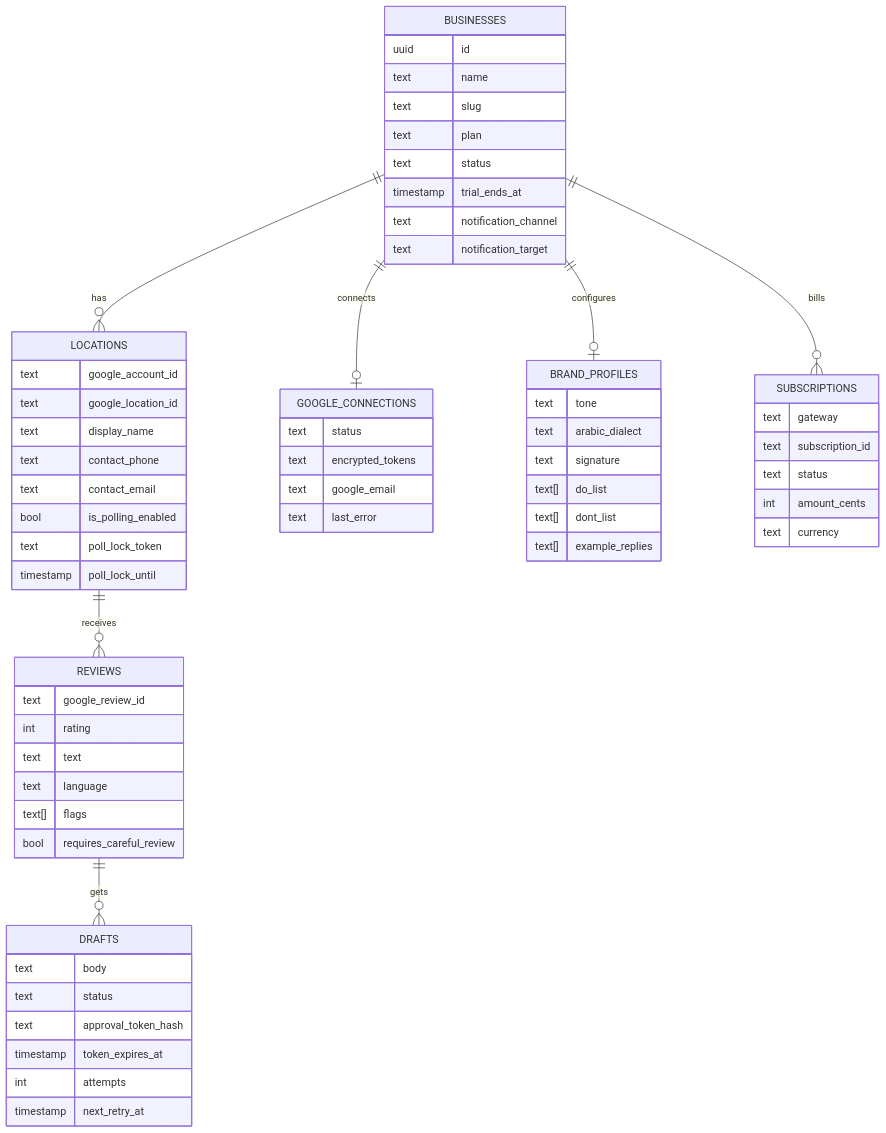
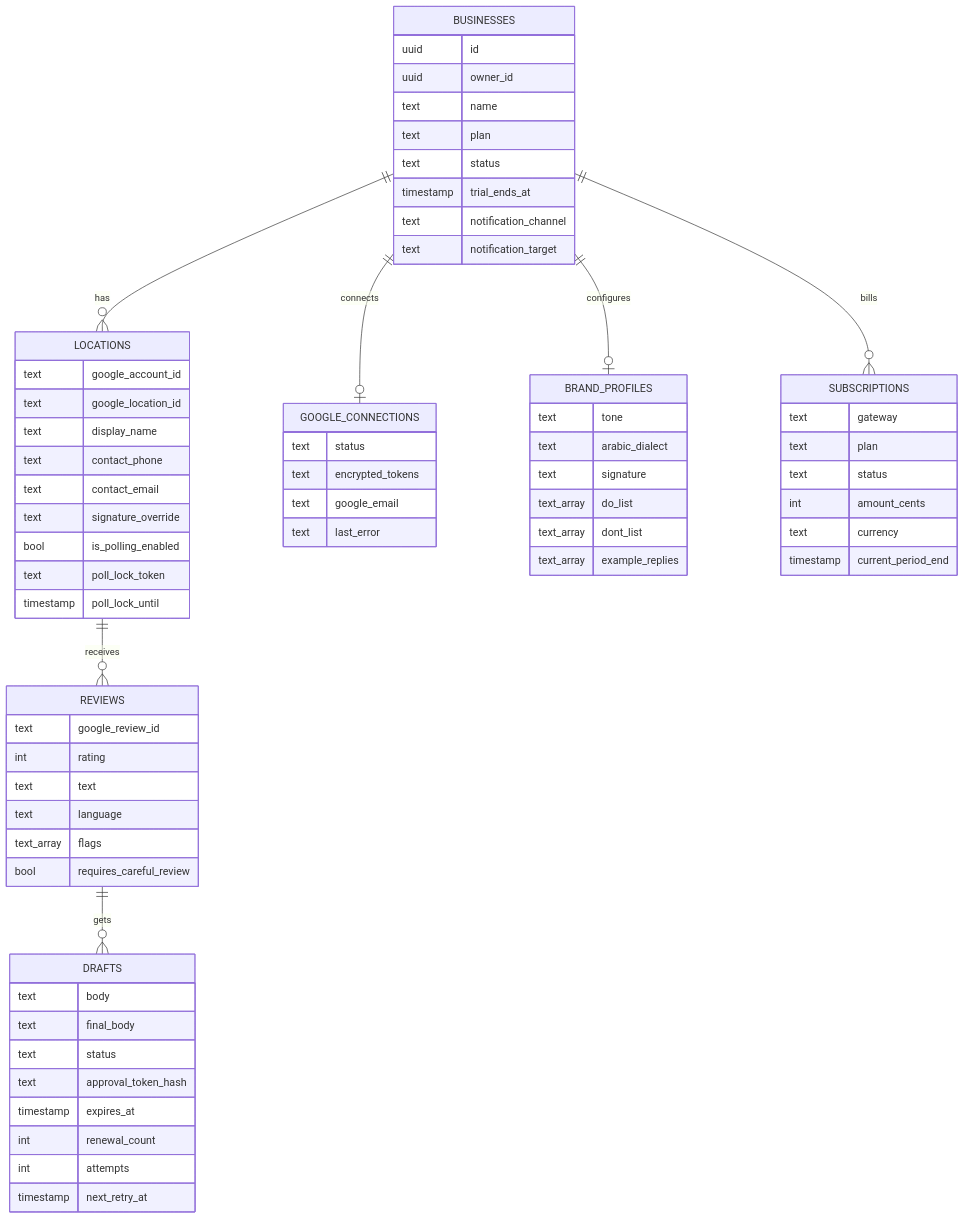
The fifth of 6 diagrams in README.md (mo74x/radd), drawn with Mermaid before and after one commit. The commit also changed other lines of this file and 47 other files, not shown here.

````diff
--- a/README.md
+++ b/README.md
@@ -516,67 +610,71 @@
 ```mermaid
 erDiagram
     BUSINESSES ||--o{ LOCATIONS : has
     BUSINESSES ||--o| GOOGLE_CONNECTIONS : connects
     BUSINESSES ||--o| BRAND_PROFILES : configures
     BUSINESSES ||--o{ SUBSCRIPTIONS : bills
     LOCATIONS ||--o{ REVIEWS : receives
     REVIEWS ||--o{ DRAFTS : gets
 
     BUSINESSES {
         uuid id
+        uuid owner_id
         text name
-        text slug
         text plan
         text status
         timestamp trial_ends_at
         text notification_channel
         text notification_target
     }
     GOOGLE_CONNECTIONS {
         text status
         text encrypted_tokens
         text google_email
         text last_error
     }
     LOCATIONS {
         text google_account_id
         text google_location_id
         text display_name
         text contact_phone
         text contact_email
+        text signature_override
         bool is_polling_enabled
         text poll_lock_token
         timestamp poll_lock_until
     }
     BRAND_PROFILES {
         text tone
         text arabic_dialect
         text signature
-        text[] do_list
-        text[] dont_list
-        text[] example_replies
+        text_array do_list
+        text_array dont_list
+        text_array example_replies
     }
     REVIEWS {
         text google_review_id
         int rating
         text text
         text language
-        text[] flags
+        text_array flags
         bool requires_careful_review
     }
     DRAFTS {
         text body
+        text final_body
         text status
         text approval_token_hash
-        timestamp token_expires_at
+        timestamp expires_at
+        int renewal_count
         int attempts
         timestamp next_retry_at
     }
     SUBSCRIPTIONS {
         text gateway
-        text subscription_id
+        text plan
         text status
         int amount_cents
         text currency
+        timestamp current_period_end
     }
 ```
````
